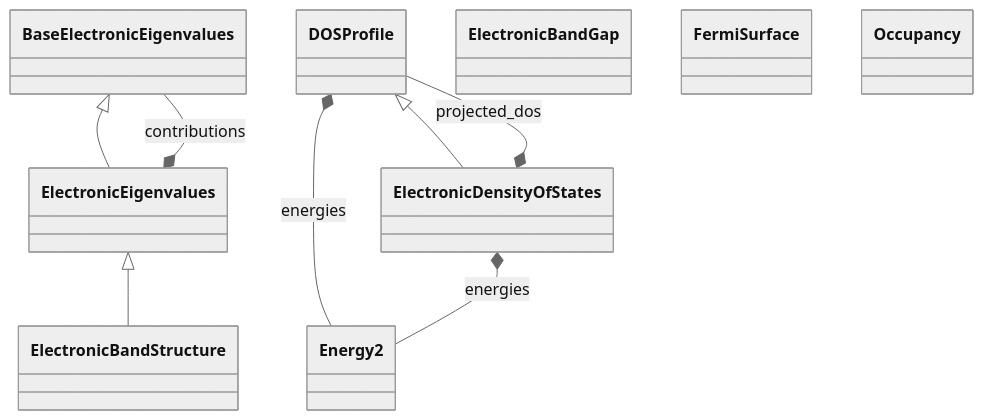
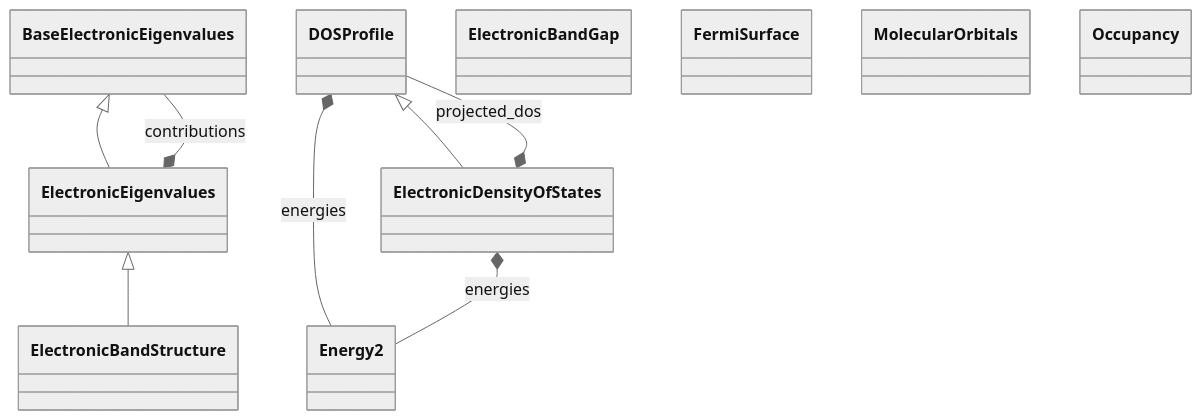
The diagram in docs/schema/electronic_properties.diagram.md (FAIRmat-NFDI/nomad-simulations), drawn with Mermaid (neutral theme) before and after one commit. The commit also changed 9 other files, not shown here.

````diff
--- a/docs/schema/electronic_properties.diagram.md
+++ b/docs/schema/electronic_properties.diagram.md
@@ -14,28 +14,30 @@
 ```mermaid
 classDiagram
     class BaseElectronicEigenvalues {
     }
     class DOSProfile {
     }
     class ElectronicBandGap {
     }
     class ElectronicBandStructure {
     }
     class ElectronicDensityOfStates {
     }
     class ElectronicEigenvalues {
     }
     class Energy2 {
     }
     class FermiSurface {
     }
+    class MolecularOrbitals {
+    }
     class Occupancy {
     }
     ElectronicEigenvalues <|-- ElectronicBandStructure
     DOSProfile <|-- ElectronicDensityOfStates
     BaseElectronicEigenvalues <|-- ElectronicEigenvalues
     DOSProfile *-- Energy2 : energies
     ElectronicDensityOfStates *-- DOSProfile : projected_dos
     ElectronicDensityOfStates *-- Energy2 : energies
     ElectronicEigenvalues *-- BaseElectronicEigenvalues : contributions
 ```
````
